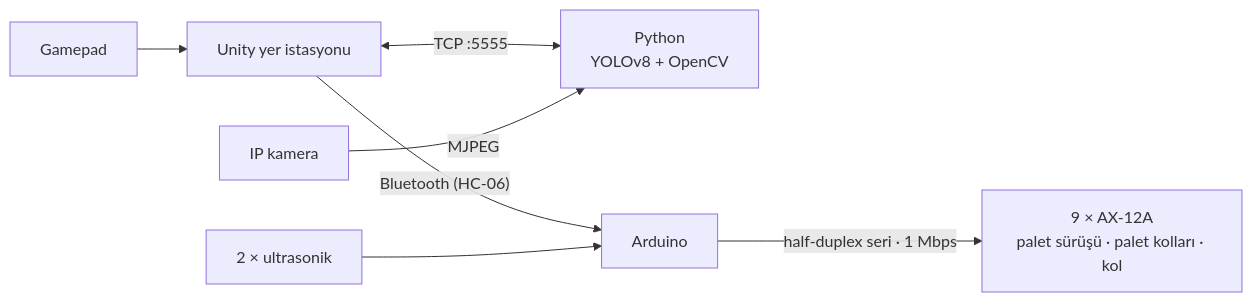
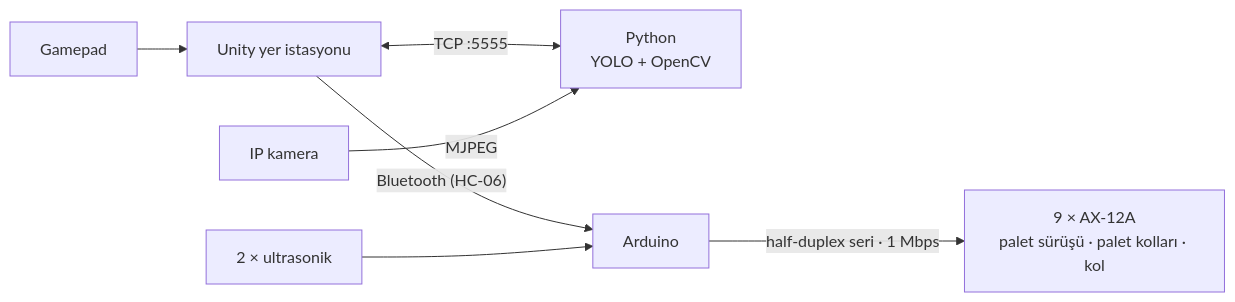
One commit to AhmetEminArslanbas/stair-climbing-robot changed the diagram in README.md. Above: the diagram before and after it, drawn with Mermaid.

Commit message:
Update project showcase

````diff
--- a/README.md
+++ b/README.md
@@ -38,9 +38,9 @@
 ```mermaid
 flowchart LR
     GP[Gamepad] --> U[Unity yer istasyonu]
-    U <-- "TCP :5555" --> PY[Python<br>YOLOv8 + OpenCV]
+    U <-- "TCP :5555" --> PY[Python<br>YOLO + OpenCV]
     CAM[IP kamera] -- MJPEG --> PY
     U -- "Bluetooth (HC-06)" --> AR[Arduino]
     US[2 × ultrasonik] --> AR
     AR -- "half-duplex seri · 1 Mbps" --> AX[9 × AX-12A<br>palet sürüşü · palet kolları · kol]
 ```
````
